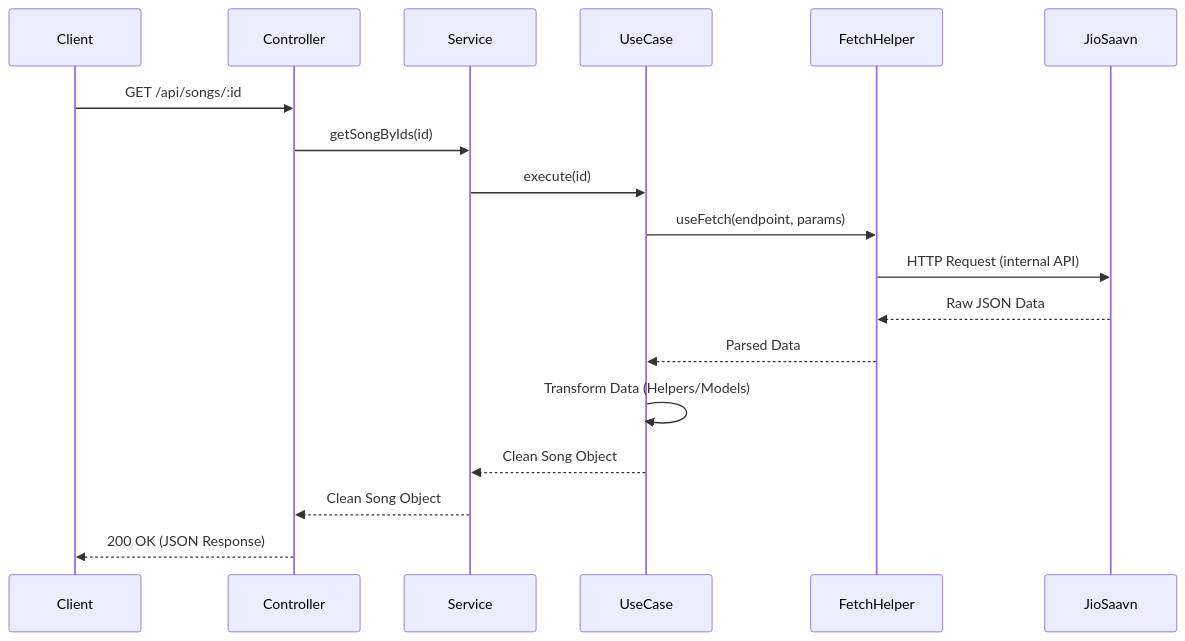
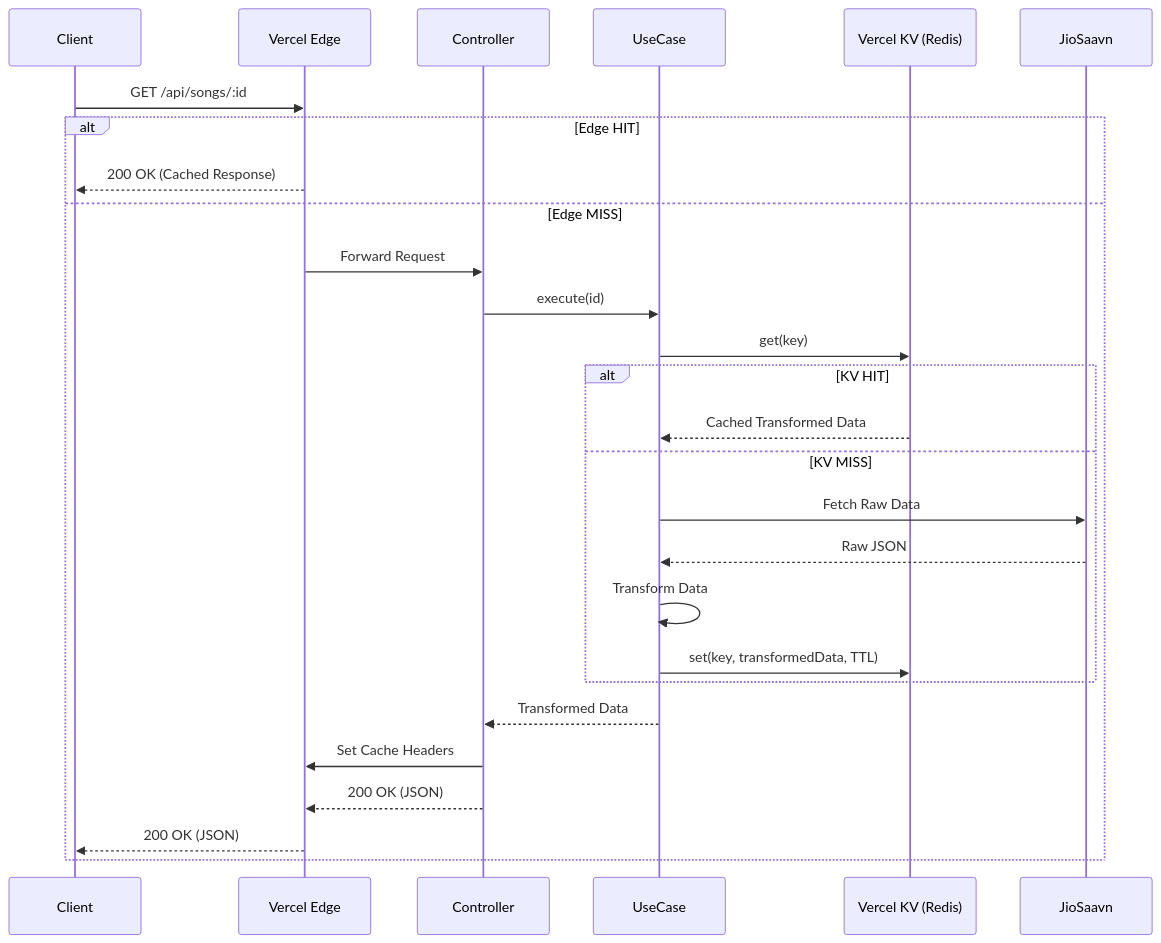
The diagram in ARCHITECTURE.md (Wenodh/jiosaavn-api), drawn with Mermaid before and after one commit. The commit also changed other lines of this file and 13 other files, not shown here.

````diff
--- a/ARCHITECTURE.md
+++ b/ARCHITECTURE.md
@@ -74,21 +79,30 @@
 ```mermaid
 sequenceDiagram
     participant Client
+    participant Edge as Vercel Edge
     participant Controller
-    participant Service
     participant UseCase
-    participant FetchHelper
+    participant KV as Vercel KV (Redis)
     participant JioSaavn
 
-    Client->>Controller: GET /api/songs/:id
-    Controller->>Service: getSongByIds(id)
-    Service->>UseCase: execute(id)
-    UseCase->>FetchHelper: useFetch(endpoint, params)
-    FetchHelper->>JioSaavn: HTTP Request (internal API)
-    JioSaavn-->>FetchHelper: Raw JSON Data
-    FetchHelper-->>UseCase: Parsed Data
-    UseCase->>UseCase: Transform Data (Helpers/Models)
-    UseCase-->>Service: Clean Song Object
-    Service-->>Controller: Clean Song Object
-    Controller-->>Client: 200 OK (JSON Response)
+    Client->>Edge: GET /api/songs/:id
+    alt Edge HIT
+        Edge-->>Client: 200 OK (Cached Response)
+    else Edge MISS
+        Edge->>Controller: Forward Request
+        Controller->>UseCase: execute(id)
+        UseCase->>KV: get(key)
+        alt KV HIT
+            KV-->>UseCase: Cached Transformed Data
+        else KV MISS
+            UseCase->>JioSaavn: Fetch Raw Data
+            JioSaavn-->>UseCase: Raw JSON
+            UseCase->>UseCase: Transform Data
+            UseCase->>KV: set(key, transformedData, TTL)
+        end
+        UseCase-->>Controller: Transformed Data
+        Controller->>Edge: Set Cache Headers
+        Controller-->>Edge: 200 OK (JSON)
+        Edge-->>Client: 200 OK (JSON)
+    end
 ```
````
